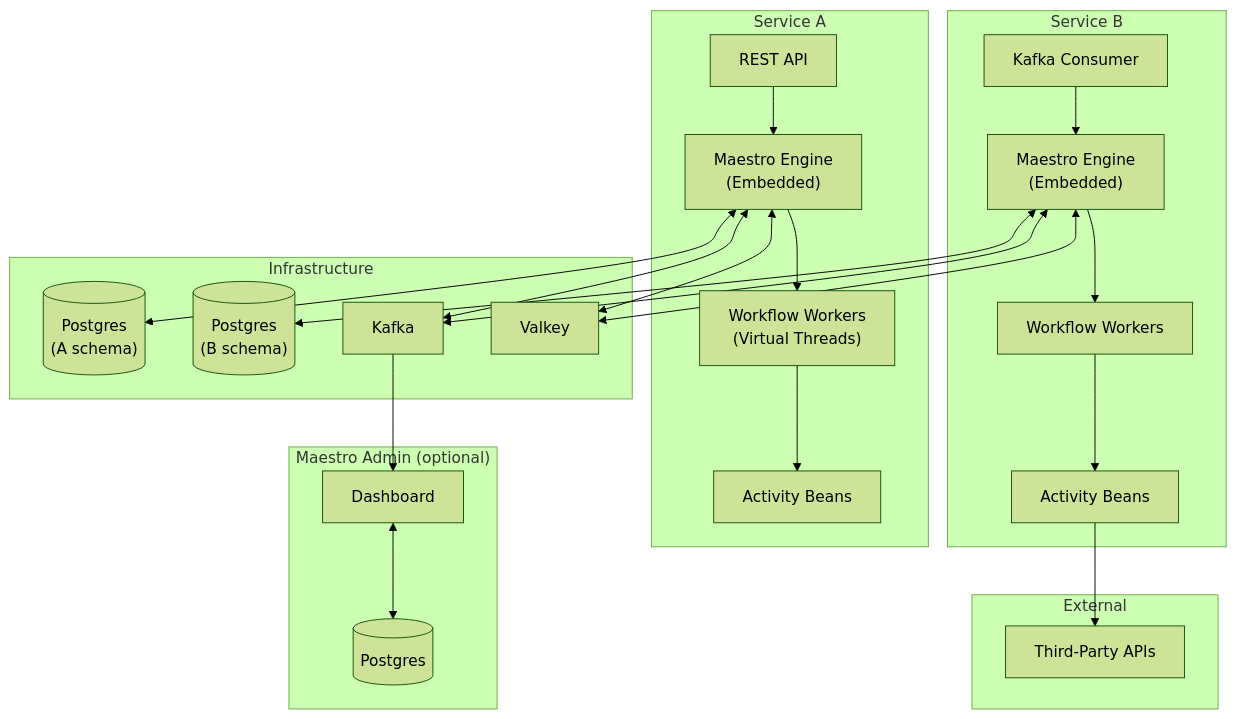
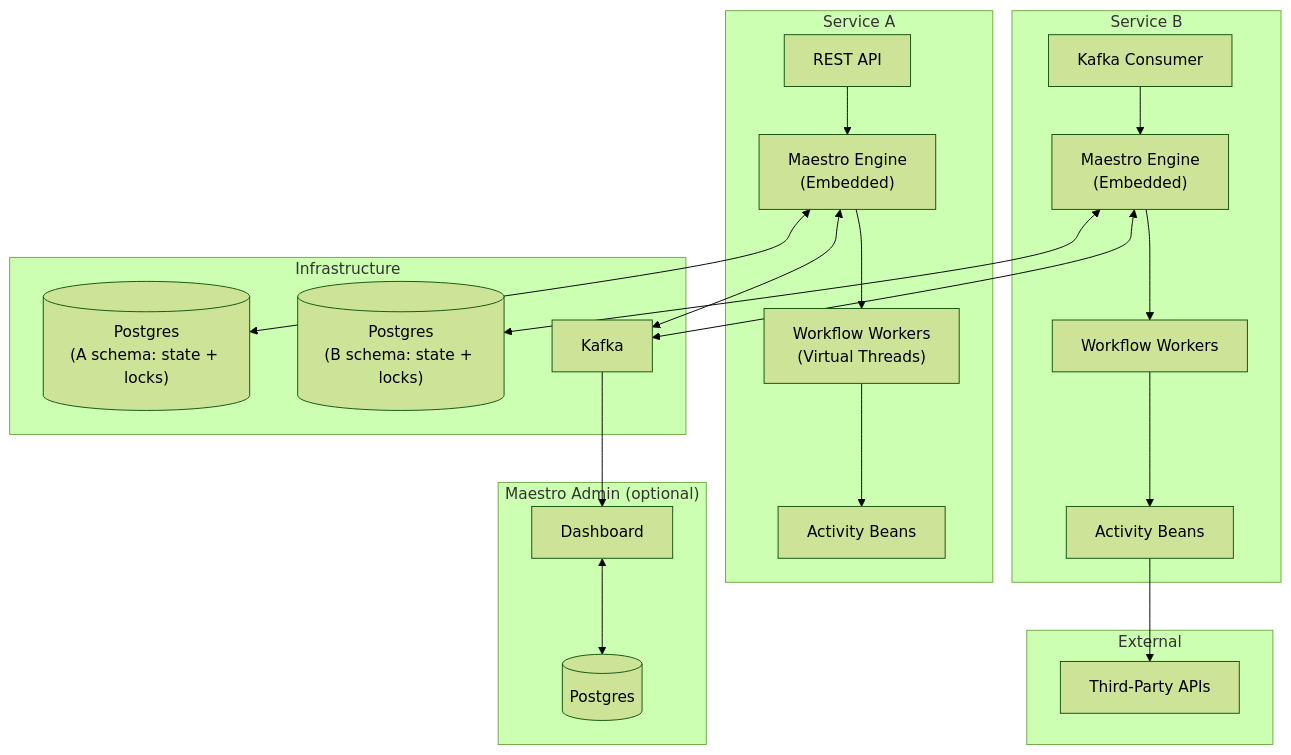
Before and after one commit to rakheen-dama/maestro: the first of 15 diagrams in docs/maestro-architecture.md, drawn with Mermaid (forest theme). The commit also changed other lines of this file and 22 other files, not shown here.

First line of the commit message:
docs: Postgres + Kafka is the whole stack — remove Valkey and the Postgres transport from every guide

````diff
--- a/docs/maestro-architecture.md
+++ b/docs/maestro-architecture.md
@@ -21,48 +21,45 @@
 ```mermaid
 graph TB
     subgraph "Service A"
         A_API["REST API"]
         A_ENGINE["Maestro Engine<br/>(Embedded)"]
         A_WORKER["Workflow Workers<br/>(Virtual Threads)"]
         A_ACTIVITIES["Activity Beans"]
         A_API --> A_ENGINE
         A_ENGINE --> A_WORKER
         A_WORKER --> A_ACTIVITIES
     end
 
     subgraph "Service B"
         B_CONSUMER["Kafka Consumer"]
         B_ENGINE["Maestro Engine<br/>(Embedded)"]
         B_WORKER["Workflow Workers"]
         B_ACTIVITIES["Activity Beans"]
         B_CONSUMER --> B_ENGINE
         B_ENGINE --> B_WORKER
         B_WORKER --> B_ACTIVITIES
     end
 
     subgraph "External"
         EXT["Third-Party APIs"]
     end
 
     subgraph "Infrastructure"
-        PG_A[("Postgres<br/>(A schema)")]
-        PG_B[("Postgres<br/>(B schema)")]
+        PG_A[("Postgres<br/>(A schema: state + locks)")]
+        PG_B[("Postgres<br/>(B schema: state + locks)")]
         KAFKA["Kafka"]
-        VALKEY["Valkey"]
     end
 
     subgraph "Maestro Admin (optional)"
         ADMIN["Dashboard"]
         PG_ADMIN[("Postgres")]
     end
 
     B_ACTIVITIES --> EXT
     A_ENGINE <--> PG_A
-    A_ENGINE <--> VALKEY
     A_ENGINE <--> KAFKA
     B_ENGINE <--> PG_B
-    B_ENGINE <--> VALKEY
     B_ENGINE <--> KAFKA
     KAFKA --> ADMIN
     ADMIN <--> PG_ADMIN
 ```
````
